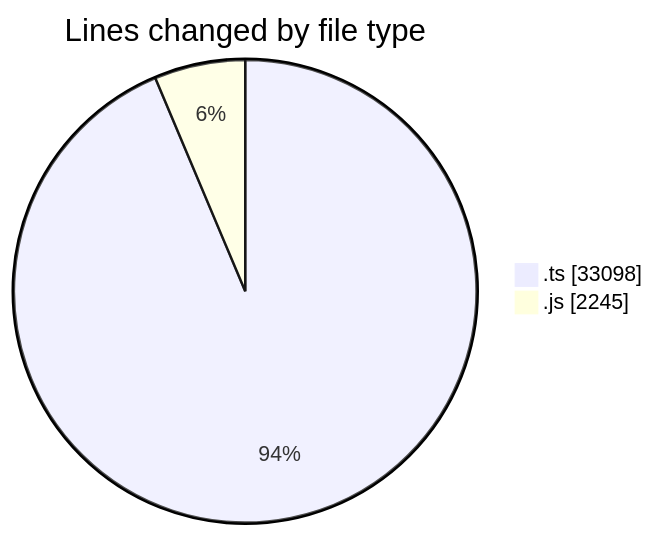
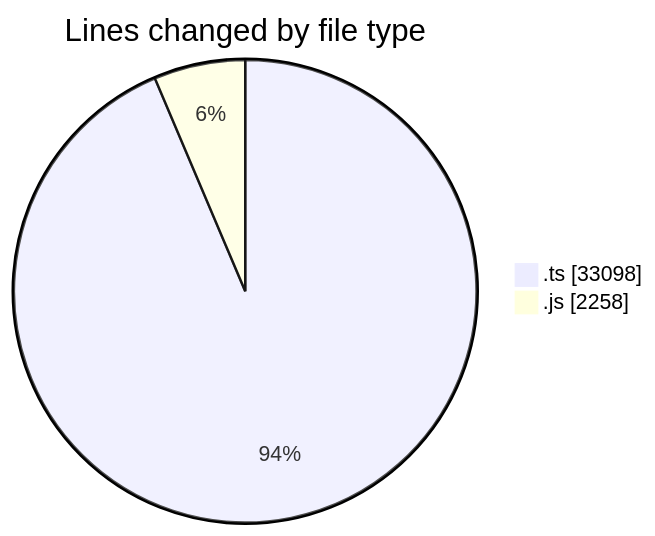
Before and after one commit to momahboobian/code-tracking: the first of 2 diagrams in 2025-06-26/cda/README.md, drawn with Mermaid. The commit also changed other lines of this file and 1 other file, not shown here.

````diff
--- a/2025-06-26/cda/README.md
+++ b/2025-06-26/cda/README.md
@@ -35,6 +35,6 @@
 ```mermaid
 pie showData
 title Lines changed by file type
 ".ts" : 33098
-".js" : 2245
+".js" : 2258
 ```
````
